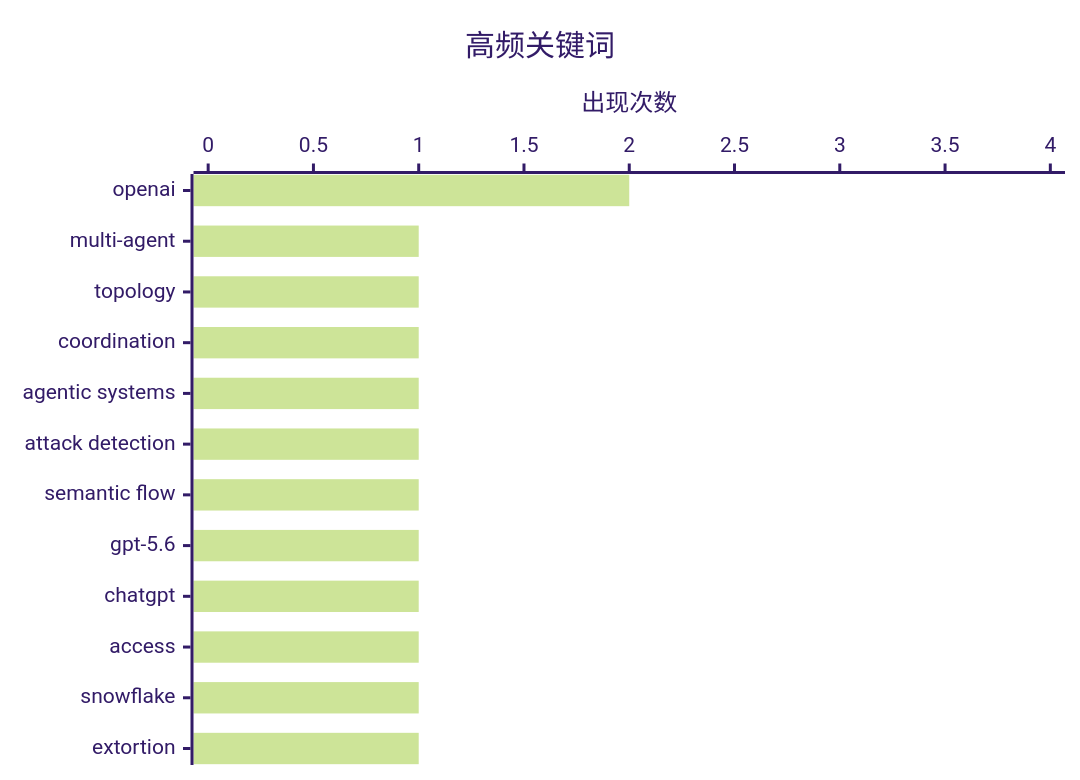
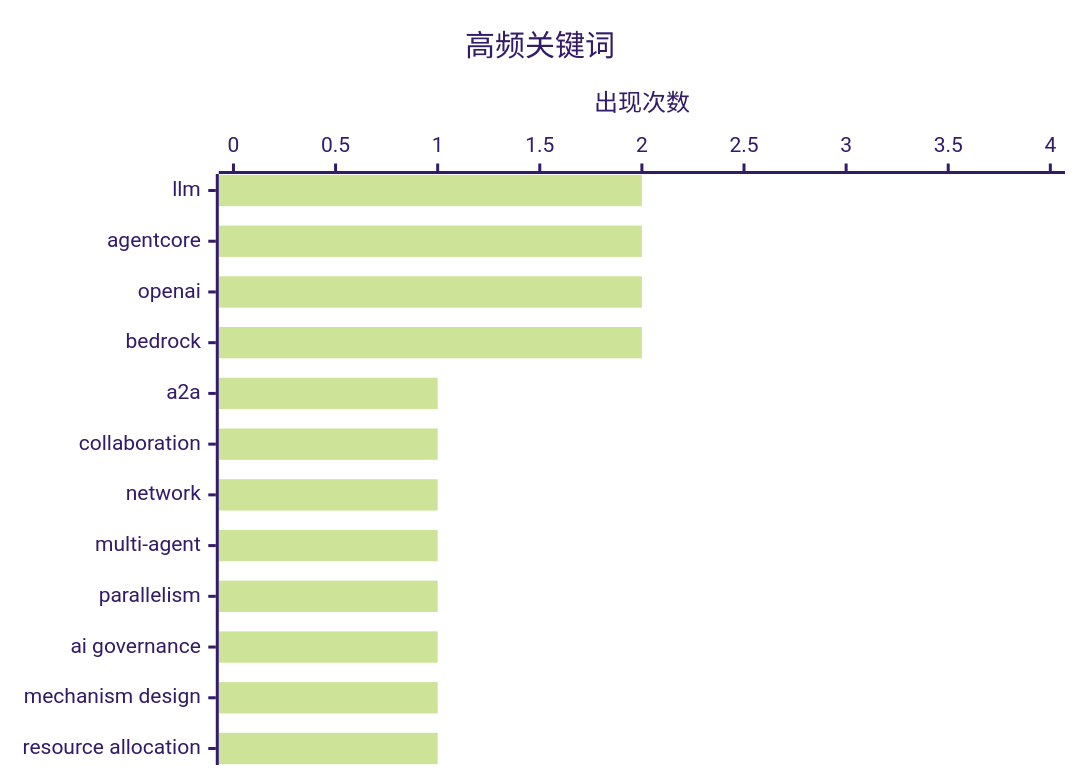
Before and after one commit to Halcyon-ccc/ai-daily-digest: the second of 2 diagrams in digests/digest-20260807.md, drawn with Mermaid (forest theme). The commit also changed other lines of this file, not shown here.

````diff
--- a/digests/digest-20260807.md
+++ b/digests/digest-20260807.md
@@ -447,7 +447,7 @@
 ```mermaid
 xychart-beta horizontal
     title "高频关键词"
-    x-axis ["openai", "multi-agent", "topology", "coordination", "agentic systems", "attack detection", "semantic flow", "gpt-5.6", "chatgpt", "access", "snowflake", "extortion"]
+    x-axis ["llm", "agentcore", "openai", "bedrock", "a2a", "collaboration", "network", "multi-agent", "parallelism", "ai governance", "mechanism design", "resource allocation"]
     y-axis "出现次数" 0 --> 4
-    bar [2, 1, 1, 1, 1, 1, 1, 1, 1, 1, 1, 1]
+    bar [2, 2, 2, 2, 1, 1, 1, 1, 1, 1, 1, 1]
 ```
````
